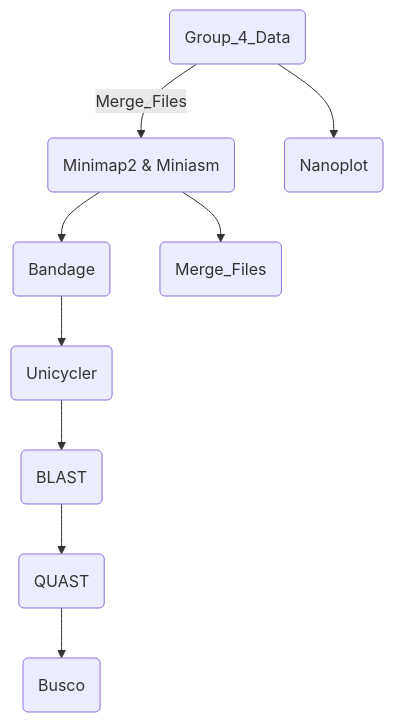
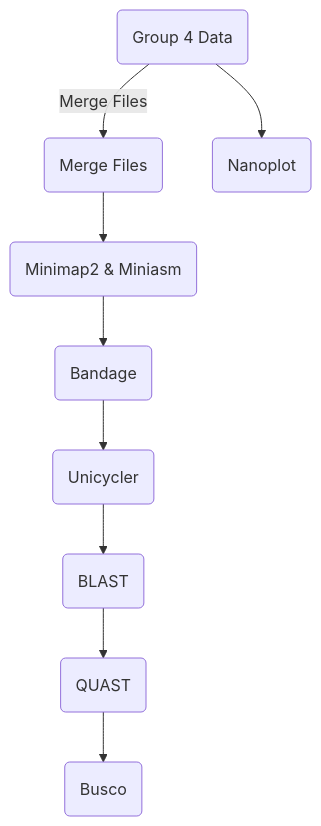
The diagram in README.md (mzywj2/Project-1---Group-4-Genome-Assembly), drawn with Mermaid before and after one commit.

````diff
--- a/README.md
+++ b/README.md
@@ -297,12 +297,12 @@
 ```mermaid
 graph TD;
-A(Group_4_Data)-->|Merge_Files|B(Minimap2 & Miniasm);
-    B-->C(Bandage);
-    C-->D(Unicycler);
-    D-->E(BLAST);
-    E-->F(QUAST);
-    F-->G(Busco);
-    A-->H(Nanoplot);
-    B-->I(Merge_Files);
+A(Group 4 Data)-->|Merge Files|B(Merge Files);
+    B-->C(Minimap2 & Miniasm);
+    C-->D(Bandage);
+    D-->E(Unicycler);
+    E-->F(BLAST);
+    F-->G(QUAST);
+    G-->H(Busco);
+    A-->I(Nanoplot);
 
 ```
````
